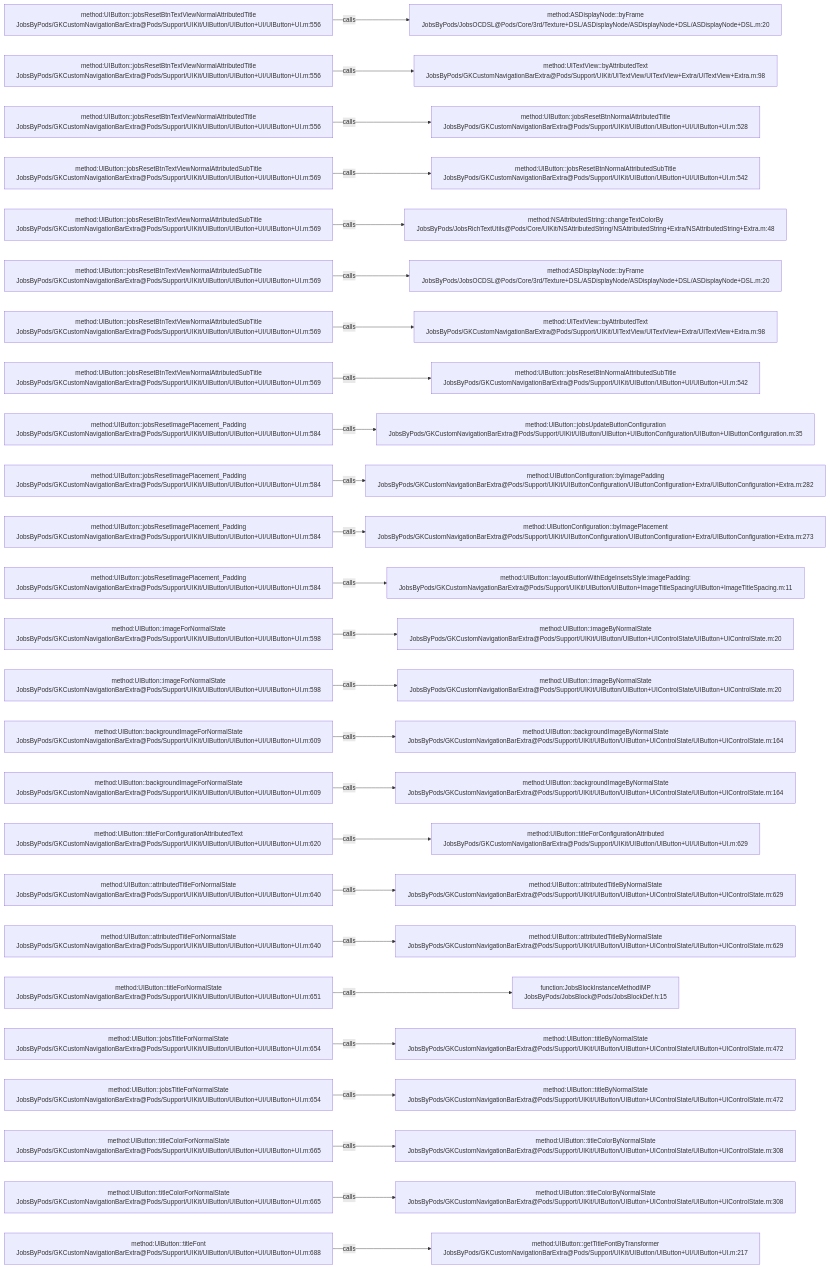
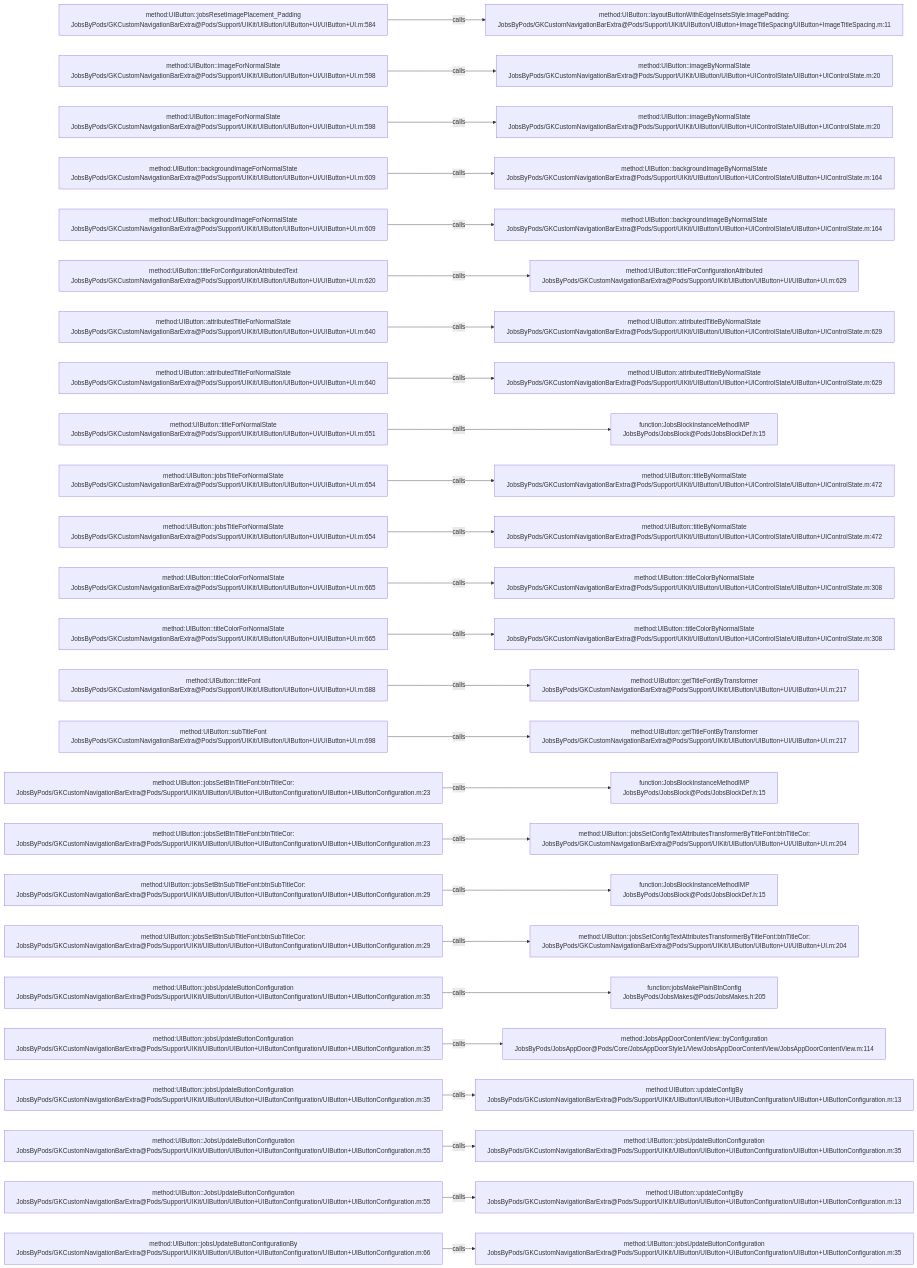
Before and after one commit to JobsKits/JobsOCBaseConfigDemo: the diagram in .codegraph/codegraph.md/graphs/calls-031.md, drawn with Mermaid. The commit also changed 223 other files, not shown here.

````diff
--- a/.codegraph/codegraph.md/graphs/calls-031.md
+++ b/.codegraph/codegraph.md/graphs/calls-031.md
@@ -13,78 +13,78 @@
 ```mermaid
 flowchart LR
-  S1["method:UIButton::jobsResetBtnTextViewNormalAttributedTitle<br/>JobsByPods/GKCustomNavigationBarExtra@Pods/Support/UIKit/UIButton/UIButton+UI/UIButton+UI.m:556"]
-  T1["method:ASDisplayNode::byFrame<br/>JobsByPods/JobsOCDSL@Pods/Core/3rd/Texture+DSL/ASDisplayNode/ASDisplayNode+DSL/ASDisplayNode+DSL.m:20"]
+  S1["method:UIButton::jobsResetImagePlacement_Padding<br/>JobsByPods/GKCustomNavigationBarExtra@Pods/Support/UIKit/UIButton/UIButton+UI/UIButton+UI.m:584"]
+  T1["method:UIButton::layoutButtonWithEdgeInsetsStyle:imagePadding:<br/>JobsByPods/GKCustomNavigationBarExtra@Pods/Support/UIKit/UIButton/UIButton+ImageTitleSpacing/UIButton+ImageTitleSpacing.m:11"]
   S1 -->|calls| T1
-  S2["method:UIButton::jobsResetBtnTextViewNormalAttributedTitle<br/>JobsByPods/GKCustomNavigationBarExtra@Pods/Support/UIKit/UIButton/UIButton+UI/UIButton+UI.m:556"]
-  T2["method:UITextView::byAttributedText<br/>JobsByPods/GKCustomNavigationBarExtra@Pods/Support/UIKit/UITextView/UITextView+Extra/UITextView+Extra.m:98"]
+  S2["method:UIButton::imageForNormalState<br/>JobsByPods/GKCustomNavigationBarExtra@Pods/Support/UIKit/UIButton/UIButton+UI/UIButton+UI.m:598"]
+  T2["method:UIButton::imageByNormalState<br/>JobsByPods/GKCustomNavigationBarExtra@Pods/Support/UIKit/UIButton/UIButton+UIControlState/UIButton+UIControlState.m:20"]
   S2 -->|calls| T2
-  S3["method:UIButton::jobsResetBtnTextViewNormalAttributedTitle<br/>JobsByPods/GKCustomNavigationBarExtra@Pods/Support/UIKit/UIButton/UIButton+UI/UIButton+UI.m:556"]
-  T3["method:UIButton::jobsResetBtnNormalAttributedTitle<br/>JobsByPods/GKCustomNavigationBarExtra@Pods/Support/UIKit/UIButton/UIButton+UI/UIButton+UI.m:528"]
+  S3["method:UIButton::imageForNormalState<br/>JobsByPods/GKCustomNavigationBarExtra@Pods/Support/UIKit/UIButton/UIButton+UI/UIButton+UI.m:598"]
+  T3["method:UIButton::imageByNormalState<br/>JobsByPods/GKCustomNavigationBarExtra@Pods/Support/UIKit/UIButton/UIButton+UIControlState/UIButton+UIControlState.m:20"]
   S3 -->|calls| T3
-  S4["method:UIButton::jobsResetBtnTextViewNormalAttributedSubTitle<br/>JobsByPods/GKCustomNavigationBarExtra@Pods/Support/UIKit/UIButton/UIButton+UI/UIButton+UI.m:569"]
-  T4["method:UIButton::jobsResetBtnNormalAttributedSubTitle<br/>JobsByPods/GKCustomNavigationBarExtra@Pods/Support/UIKit/UIButton/UIButton+UI/UIButton+UI.m:542"]
+  S4["method:UIButton::backgroundImageForNormalState<br/>JobsByPods/GKCustomNavigationBarExtra@Pods/Support/UIKit/UIButton/UIButton+UI/UIButton+UI.m:609"]
+  T4["method:UIButton::backgroundImageByNormalState<br/>JobsByPods/GKCustomNavigationBarExtra@Pods/Support/UIKit/UIButton/UIButton+UIControlState/UIButton+UIControlState.m:164"]
   S4 -->|calls| T4
-  S5["method:UIButton::jobsResetBtnTextViewNormalAttributedSubTitle<br/>JobsByPods/GKCustomNavigationBarExtra@Pods/Support/UIKit/UIButton/UIButton+UI/UIButton+UI.m:569"]
-  T5["method:NSAttributedString::changeTextColorBy<br/>JobsByPods/JobsRichTextUtils@Pods/Core/UIKit/NSAttributedString/NSAttributedString+Extra/NSAttributedString+Extra.m:48"]
+  S5["method:UIButton::backgroundImageForNormalState<br/>JobsByPods/GKCustomNavigationBarExtra@Pods/Support/UIKit/UIButton/UIButton+UI/UIButton+UI.m:609"]
+  T5["method:UIButton::backgroundImageByNormalState<br/>JobsByPods/GKCustomNavigationBarExtra@Pods/Support/UIKit/UIButton/UIButton+UIControlState/UIButton+UIControlState.m:164"]
   S5 -->|calls| T5
-  S6["method:UIButton::jobsResetBtnTextViewNormalAttributedSubTitle<br/>JobsByPods/GKCustomNavigationBarExtra@Pods/Support/UIKit/UIButton/UIButton+UI/UIButton+UI.m:569"]
-  T6["method:ASDisplayNode::byFrame<br/>JobsByPods/JobsOCDSL@Pods/Core/3rd/Texture+DSL/ASDisplayNode/ASDisplayNode+DSL/ASDisplayNode+DSL.m:20"]
+  S6["method:UIButton::titleForConfigurationAttributedText<br/>JobsByPods/GKCustomNavigationBarExtra@Pods/Support/UIKit/UIButton/UIButton+UI/UIButton+UI.m:620"]
+  T6["method:UIButton::titleForConfigurationAttributed<br/>JobsByPods/GKCustomNavigationBarExtra@Pods/Support/UIKit/UIButton/UIButton+UI/UIButton+UI.m:629"]
   S6 -->|calls| T6
-  S7["method:UIButton::jobsResetBtnTextViewNormalAttributedSubTitle<br/>JobsByPods/GKCustomNavigationBarExtra@Pods/Support/UIKit/UIButton/UIButton+UI/UIButton+UI.m:569"]
-  T7["method:UITextView::byAttributedText<br/>JobsByPods/GKCustomNavigationBarExtra@Pods/Support/UIKit/UITextView/UITextView+Extra/UITextView+Extra.m:98"]
+  S7["method:UIButton::attributedTitleForNormalState<br/>JobsByPods/GKCustomNavigationBarExtra@Pods/Support/UIKit/UIButton/UIButton+UI/UIButton+UI.m:640"]
+  T7["method:UIButton::attributedTitleByNormalState<br/>JobsByPods/GKCustomNavigationBarExtra@Pods/Support/UIKit/UIButton/UIButton+UIControlState/UIButton+UIControlState.m:629"]
   S7 -->|calls| T7
-  S8["method:UIButton::jobsResetBtnTextViewNormalAttributedSubTitle<br/>JobsByPods/GKCustomNavigationBarExtra@Pods/Support/UIKit/UIButton/UIButton+UI/UIButton+UI.m:569"]
-  T8["method:UIButton::jobsResetBtnNormalAttributedSubTitle<br/>JobsByPods/GKCustomNavigationBarExtra@Pods/Support/UIKit/UIButton/UIButton+UI/UIButton+UI.m:542"]
+  S8["method:UIButton::attributedTitleForNormalState<br/>JobsByPods/GKCustomNavigationBarExtra@Pods/Support/UIKit/UIButton/UIButton+UI/UIButton+UI.m:640"]
+  T8["method:UIButton::attributedTitleByNormalState<br/>JobsByPods/GKCustomNavigationBarExtra@Pods/Support/UIKit/UIButton/UIButton+UIControlState/UIButton+UIControlState.m:629"]
   S8 -->|calls| T8
-  S9["method:UIButton::jobsResetImagePlacement_Padding<br/>JobsByPods/GKCustomNavigationBarExtra@Pods/Support/UIKit/UIButton/UIButton+UI/UIButton+UI.m:584"]
-  T9["method:UIButton::jobsUpdateButtonConfiguration<br/>JobsByPods/GKCustomNavigationBarExtra@Pods/Support/UIKit/UIButton/UIButton+UIButtonConfiguration/UIButton+UIButtonConfiguration.m:35"]
+  S9["method:UIButton::titleForNormalState<br/>JobsByPods/GKCustomNavigationBarExtra@Pods/Support/UIKit/UIButton/UIButton+UI/UIButton+UI.m:651"]
+  T9["function:JobsBlockInstanceMethodIMP<br/>JobsByPods/JobsBlock@Pods/JobsBlockDef.h:15"]
   S9 -->|calls| T9
-  S10["method:UIButton::jobsResetImagePlacement_Padding<br/>JobsByPods/GKCustomNavigationBarExtra@Pods/Support/UIKit/UIButton/UIButton+UI/UIButton+UI.m:584"]
-  T10["method:UIButtonConfiguration::byImagePadding<br/>JobsByPods/GKCustomNavigationBarExtra@Pods/Support/UIKit/UIButtonConfiguration/UIButtonConfiguration+Extra/UIButtonConfiguration+Extra.m:282"]
+  S10["method:UIButton::jobsTitleForNormalState<br/>JobsByPods/GKCustomNavigationBarExtra@Pods/Support/UIKit/UIButton/UIButton+UI/UIButton+UI.m:654"]
+  T10["method:UIButton::titleByNormalState<br/>JobsByPods/GKCustomNavigationBarExtra@Pods/Support/UIKit/UIButton/UIButton+UIControlState/UIButton+UIControlState.m:472"]
   S10 -->|calls| T10
-  S11["method:UIButton::jobsResetImagePlacement_Padding<br/>JobsByPods/GKCustomNavigationBarExtra@Pods/Support/UIKit/UIButton/UIButton+UI/UIButton+UI.m:584"]
-  T11["method:UIButtonConfiguration::byImagePlacement<br/>JobsByPods/GKCustomNavigationBarExtra@Pods/Support/UIKit/UIButtonConfiguration/UIButtonConfiguration+Extra/UIButtonConfiguration+Extra.m:273"]
+  S11["method:UIButton::jobsTitleForNormalState<br/>JobsByPods/GKCustomNavigationBarExtra@Pods/Support/UIKit/UIButton/UIButton+UI/UIButton+UI.m:654"]
+  T11["method:UIButton::titleByNormalState<br/>JobsByPods/GKCustomNavigationBarExtra@Pods/Support/UIKit/UIButton/UIButton+UIControlState/UIButton+UIControlState.m:472"]
   S11 -->|calls| T11
-  S12["method:UIButton::jobsResetImagePlacement_Padding<br/>JobsByPods/GKCustomNavigationBarExtra@Pods/Support/UIKit/UIButton/UIButton+UI/UIButton+UI.m:584"]
-  T12["method:UIButton::layoutButtonWithEdgeInsetsStyle:imagePadding:<br/>JobsByPods/GKCustomNavigationBarExtra@Pods/Support/UIKit/UIButton/UIButton+ImageTitleSpacing/UIButton+ImageTitleSpacing.m:11"]
+  S12["method:UIButton::titleColorForNormalState<br/>JobsByPods/GKCustomNavigationBarExtra@Pods/Support/UIKit/UIButton/UIButton+UI/UIButton+UI.m:665"]
+  T12["method:UIButton::titleColorByNormalState<br/>JobsByPods/GKCustomNavigationBarExtra@Pods/Support/UIKit/UIButton/UIButton+UIControlState/UIButton+UIControlState.m:308"]
   S12 -->|calls| T12
-  S13["method:UIButton::imageForNormalState<br/>JobsByPods/GKCustomNavigationBarExtra@Pods/Support/UIKit/UIButton/UIButton+UI/UIButton+UI.m:598"]
-  T13["method:UIButton::imageByNormalState<br/>JobsByPods/GKCustomNavigationBarExtra@Pods/Support/UIKit/UIButton/UIButton+UIControlState/UIButton+UIControlState.m:20"]
+  S13["method:UIButton::titleColorForNormalState<br/>JobsByPods/GKCustomNavigationBarExtra@Pods/Support/UIKit/UIButton/UIButton+UI/UIButton+UI.m:665"]
+  T13["method:UIButton::titleColorByNormalState<br/>JobsByPods/GKCustomNavigationBarExtra@Pods/Support/UIKit/UIButton/UIButton+UIControlState/UIButton+UIControlState.m:308"]
   S13 -->|calls| T13
-  S14["method:UIButton::imageForNormalState<br/>JobsByPods/GKCustomNavigationBarExtra@Pods/Support/UIKit/UIButton/UIButton+UI/UIButton+UI.m:598"]
-  T14["method:UIButton::imageByNormalState<br/>JobsByPods/GKCustomNavigationBarExtra@Pods/Support/UIKit/UIButton/UIButton+UIControlState/UIButton+UIControlState.m:20"]
+  S14["method:UIButton::titleFont<br/>JobsByPods/GKCustomNavigationBarExtra@Pods/Support/UIKit/UIButton/UIButton+UI/UIButton+UI.m:688"]
+  T14["method:UIButton::getTitleFontByTransformer<br/>JobsByPods/GKCustomNavigationBarExtra@Pods/Support/UIKit/UIButton/UIButton+UI/UIButton+UI.m:217"]
   S14 -->|calls| T14
-  S15["method:UIButton::backgroundImageForNormalState<br/>JobsByPods/GKCustomNavigationBarExtra@Pods/Support/UIKit/UIButton/UIButton+UI/UIButton+UI.m:609"]
-  T15["method:UIButton::backgroundImageByNormalState<br/>JobsByPods/GKCustomNavigationBarExtra@Pods/Support/UIKit/UIButton/UIButton+UIControlState/UIButton+UIControlState.m:164"]
+  S15["method:UIButton::subTitleFont<br/>JobsByPods/GKCustomNavigationBarExtra@Pods/Support/UIKit/UIButton/UIButton+UI/UIButton+UI.m:698"]
+  T15["method:UIButton::getTitleFontByTransformer<br/>JobsByPods/GKCustomNavigationBarExtra@Pods/Support/UIKit/UIButton/UIButton+UI/UIButton+UI.m:217"]
   S15 -->|calls| T15
-  S16["method:UIButton::backgroundImageForNormalState<br/>JobsByPods/GKCustomNavigationBarExtra@Pods/Support/UIKit/UIButton/UIButton+UI/UIButton+UI.m:609"]
-  T16["method:UIButton::backgroundImageByNormalState<br/>JobsByPods/GKCustomNavigationBarExtra@Pods/Support/UIKit/UIButton/UIButton+UIControlState/UIButton+UIControlState.m:164"]
+  S16["method:UIButton::jobsSetBtnTitleFont:btnTitleCor:<br/>JobsByPods/GKCustomNavigationBarExtra@Pods/Support/UIKit/UIButton/UIButton+UIButtonConfiguration/UIButton+UIButtonConfiguration.m:23"]
+  T16["function:JobsBlockInstanceMethodIMP<br/>JobsByPods/JobsBlock@Pods/JobsBlockDef.h:15"]
   S16 -->|calls| T16
-  S17["method:UIButton::titleForConfigurationAttributedText<br/>JobsByPods/GKCustomNavigationBarExtra@Pods/Support/UIKit/UIButton/UIButton+UI/UIButton+UI.m:620"]
-  T17["method:UIButton::titleForConfigurationAttributed<br/>JobsByPods/GKCustomNavigationBarExtra@Pods/Support/UIKit/UIButton/UIButton+UI/UIButton+UI.m:629"]
+  S17["method:UIButton::jobsSetBtnTitleFont:btnTitleCor:<br/>JobsByPods/GKCustomNavigationBarExtra@Pods/Support/UIKit/UIButton/UIButton+UIButtonConfiguration/UIButton+UIButtonConfiguration.m:23"]
+  T17["method:UIButton::jobsSetConfigTextAttributesTransformerByTitleFont:btnTitleCor:<br/>JobsByPods/GKCustomNavigationBarExtra@Pods/Support/UIKit/UIButton/UIButton+UI/UIButton+UI.m:204"]
   S17 -->|calls| T17
-  S18["method:UIButton::attributedTitleForNormalState<br/>JobsByPods/GKCustomNavigationBarExtra@Pods/Support/UIKit/UIButton/UIButton+UI/UIButton+UI.m:640"]
-  T18["method:UIButton::attributedTitleByNormalState<br/>JobsByPods/GKCustomNavigationBarExtra@Pods/Support/UIKit/UIButton/UIButton+UIControlState/UIButton+UIControlState.m:629"]
+  S18["method:UIButton::jobsSetBtnSubTitleFont:btnSubTitleCor:<br/>JobsByPods/GKCustomNavigationBarExtra@Pods/Support/UIKit/UIButton/UIButton+UIButtonConfiguration/UIButton+UIButtonConfiguration.m:29"]
+  T18["function:JobsBlockInstanceMethodIMP<br/>JobsByPods/JobsBlock@Pods/JobsBlockDef.h:15"]
   S18 -->|calls| T18
-  S19["method:UIButton::attributedTitleForNormalState<br/>JobsByPods/GKCustomNavigationBarExtra@Pods/Support/UIKit/UIButton/UIButton+UI/UIButton+UI.m:640"]
-  T19["method:UIButton::attributedTitleByNormalState<br/>JobsByPods/GKCustomNavigationBarExtra@Pods/Support/UIKit/UIButton/UIButton+UIControlState/UIButton+UIControlState.m:629"]
+  S19["method:UIButton::jobsSetBtnSubTitleFont:btnSubTitleCor:<br/>JobsByPods/GKCustomNavigationBarExtra@Pods/Support/UIKit/UIButton/UIButton+UIButtonConfiguration/UIButton+UIButtonConfiguration.m:29"]
+  T19["method:UIButton::jobsSetConfigTextAttributesTransformerByTitleFont:btnTitleCor:<br/>JobsByPods/GKCustomNavigationBarExtra@Pods/Support/UIKit/UIButton/UIButton+UI/UIButton+UI.m:204"]
   S19 -->|calls| T19
-  S20["method:UIButton::titleForNormalState<br/>JobsByPods/GKCustomNavigationBarExtra@Pods/Support/UIKit/UIButton/UIButton+UI/UIButton+UI.m:651"]
-  T20["function:JobsBlockInstanceMethodIMP<br/>JobsByPods/JobsBlock@Pods/JobsBlockDef.h:15"]
+  S20["method:UIButton::jobsUpdateButtonConfiguration<br/>JobsByPods/GKCustomNavigationBarExtra@Pods/Support/UIKit/UIButton/UIButton+UIButtonConfiguration/UIButton+UIButtonConfiguration.m:35"]
+  T20["function:jobsMakePlainBtnConfig<br/>JobsByPods/JobsMakes@Pods/JobsMakes.h:205"]
   S20 -->|calls| T20
-  S21["method:UIButton::jobsTitleForNormalState<br/>JobsByPods/GKCustomNavigationBarExtra@Pods/Support/UIKit/UIButton/UIButton+UI/UIButton+UI.m:654"]
-  T21["method:UIButton::titleByNormalState<br/>JobsByPods/GKCustomNavigationBarExtra@Pods/Support/UIKit/UIButton/UIButton+UIControlState/UIButton+UIControlState.m:472"]
+  S21["method:UIButton::jobsUpdateButtonConfiguration<br/>JobsByPods/GKCustomNavigationBarExtra@Pods/Support/UIKit/UIButton/UIButton+UIButtonConfiguration/UIButton+UIButtonConfiguration.m:35"]
+  T21["method:JobsAppDoorContentView::byConfiguration<br/>JobsByPods/JobsAppDoor@Pods/Core/JobsAppDoorStyle1/View/JobsAppDoorContentView/JobsAppDoorContentView.m:114"]
   S21 -->|calls| T21
-  S22["method:UIButton::jobsTitleForNormalState<br/>JobsByPods/GKCustomNavigationBarExtra@Pods/Support/UIKit/UIButton/UIButton+UI/UIButton+UI.m:654"]
-  T22["method:UIButton::titleByNormalState<br/>JobsByPods/GKCustomNavigationBarExtra@Pods/Support/UIKit/UIButton/UIButton+UIControlState/UIButton+UIControlState.m:472"]
+  S22["method:UIButton::jobsUpdateButtonConfiguration<br/>JobsByPods/GKCustomNavigationBarExtra@Pods/Support/UIKit/UIButton/UIButton+UIButtonConfiguration/UIButton+UIButtonConfiguration.m:35"]
+  T22["method:UIButton::updateConfigBy<br/>JobsByPods/GKCustomNavigationBarExtra@Pods/Support/UIKit/UIButton/UIButton+UIButtonConfiguration/UIButton+UIButtonConfiguration.m:13"]
   S22 -->|calls| T22
-  S23["method:UIButton::titleColorForNormalState<br/>JobsByPods/GKCustomNavigationBarExtra@Pods/Support/UIKit/UIButton/UIButton+UI/UIButton+UI.m:665"]
-  T23["method:UIButton::titleColorByNormalState<br/>JobsByPods/GKCustomNavigationBarExtra@Pods/Support/UIKit/UIButton/UIButton+UIControlState/UIButton+UIControlState.m:308"]
+  S23["method:UIButton::JobsUpdateButtonConfiguration<br/>JobsByPods/GKCustomNavigationBarExtra@Pods/Support/UIKit/UIButton/UIButton+UIButtonConfiguration/UIButton+UIButtonConfiguration.m:55"]
+  T23["method:UIButton::jobsUpdateButtonConfiguration<br/>JobsByPods/GKCustomNavigationBarExtra@Pods/Support/UIKit/UIButton/UIButton+UIButtonConfiguration/UIButton+UIButtonConfiguration.m:35"]
   S23 -->|calls| T23
-  S24["method:UIButton::titleColorForNormalState<br/>JobsByPods/GKCustomNavigationBarExtra@Pods/Support/UIKit/UIButton/UIButton+UI/UIButton+UI.m:665"]
-  T24["method:UIButton::titleColorByNormalState<br/>JobsByPods/GKCustomNavigationBarExtra@Pods/Support/UIKit/UIButton/UIButton+UIControlState/UIButton+UIControlState.m:308"]
+  S24["method:UIButton::JobsUpdateButtonConfiguration<br/>JobsByPods/GKCustomNavigationBarExtra@Pods/Support/UIKit/UIButton/UIButton+UIButtonConfiguration/UIButton+UIButtonConfiguration.m:55"]
+  T24["method:UIButton::updateConfigBy<br/>JobsByPods/GKCustomNavigationBarExtra@Pods/Support/UIKit/UIButton/UIButton+UIButtonConfiguration/UIButton+UIButtonConfiguration.m:13"]
   S24 -->|calls| T24
-  S25["method:UIButton::titleFont<br/>JobsByPods/GKCustomNavigationBarExtra@Pods/Support/UIKit/UIButton/UIButton+UI/UIButton+UI.m:688"]
-  T25["method:UIButton::getTitleFontByTransformer<br/>JobsByPods/GKCustomNavigationBarExtra@Pods/Support/UIKit/UIButton/UIButton+UI/UIButton+UI.m:217"]
+  S25["method:UIButton::jobsUpdateButtonConfigurationBy<br/>JobsByPods/GKCustomNavigationBarExtra@Pods/Support/UIKit/UIButton/UIButton+UIButtonConfiguration/UIButton+UIButtonConfiguration.m:66"]
+  T25["method:UIButton::jobsUpdateButtonConfiguration<br/>JobsByPods/GKCustomNavigationBarExtra@Pods/Support/UIKit/UIButton/UIButton+UIButtonConfiguration/UIButton+UIButtonConfiguration.m:35"]
   S25 -->|calls| T25
 ```
````
